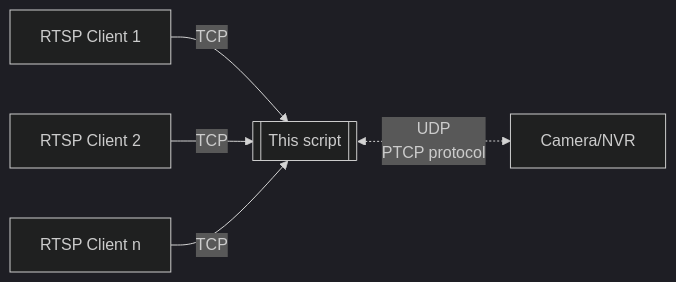
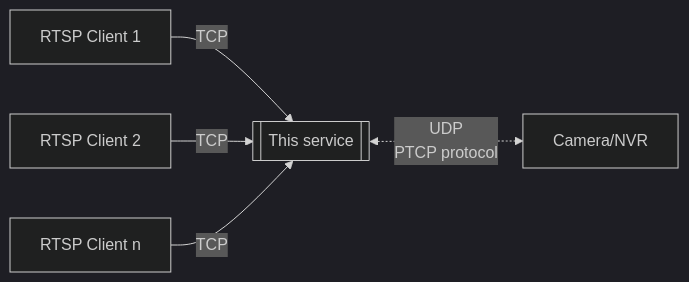
One commit to aofpichetchai96/dh-p2p changed the third of 4 diagrams in README.md. Above: the diagram before and after it, drawn with Mermaid (dark theme). The commit also changed other lines of this file and 12 other files, not shown here.

````diff
--- a/README.md
+++ b/README.md
@@ -119,12 +291,12 @@
 ```mermaid
 graph LR
   Device[Camera/NVR]
-  App[[This script]]
+  App[[This service]]
   Client1[RTSP Client 1]
   Client2[RTSP Client 2]
   Clientn[RTSP Client n]
   Client1 -- TCP --> App
   Client2 -- TCP --> App
   Clientn -- TCP --> App
   App <-. UDP\nPTCP protocol .-> Device
 ```
````
